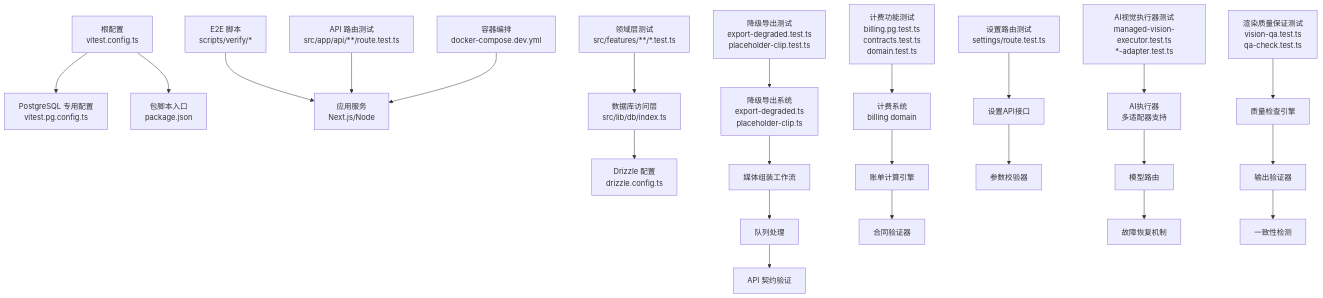
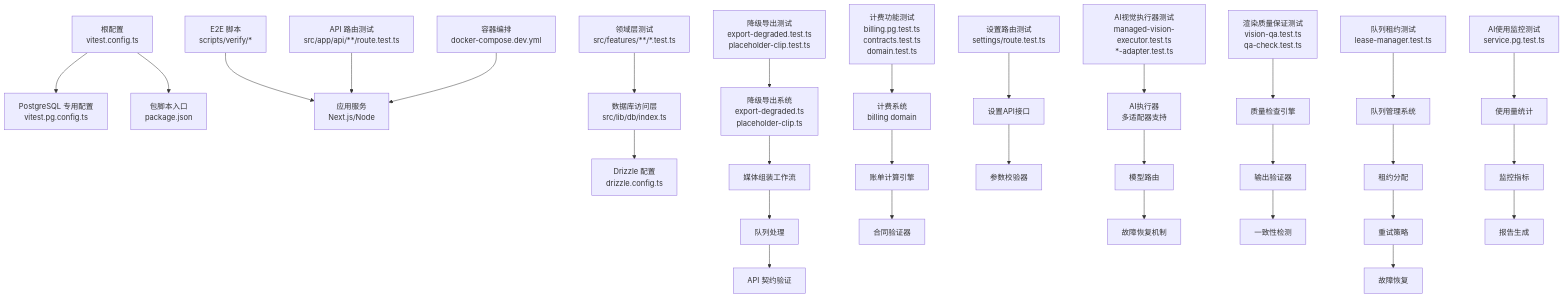
The first of 14 diagrams in .qoder/repowiki/zh/content/测试策略/测试策略.md (scottcwy/PurpleInk), drawn with Mermaid before and after one commit. The commit also changed other lines of this file and 23 other files, not shown here.

````diff
--- a/.qoder/repowiki/zh/content/测试策略/测试策略.md
+++ b/.qoder/repowiki/zh/content/测试策略/测试策略.md
@@ -105,25 +112,32 @@
 ```mermaid
 graph TB
 A["根配置<br/>vitest.config.ts"] --> B["PostgreSQL 专用配置<br/>vitest.pg.config.ts"]
 A --> C["包脚本入口<br/>package.json"]
 D["E2E 脚本<br/>scripts/verify/*"] --> E["应用服务<br/>Next.js/Node"]
 F["API 路由测试<br/>src/app/api/**/route.test.ts"] --> E
 G["领域层测试<br/>src/features/**/*.test.ts"] --> H["数据库访问层<br/>src/lib/db/index.ts"]
 H --> I["Drizzle 配置<br/>drizzle.config.ts"]
 J["容器编排<br/>docker-compose.dev.yml"] --> E
 K["降级导出测试<br/>export-degraded.test.ts<br/>placeholder-clip.test.ts"] --> L["降级导出系统<br/>export-degraded.ts<br/>placeholder-clip.ts"]
 L --> M["媒体组装工作流"]
 M --> N["队列处理"]
 N --> O["API 契约验证"]
 P["计费功能测试<br/>billing.pg.test.ts<br/>contracts.test.ts<br/>domain.test.ts"] --> Q["计费系统<br/>billing domain"]
 Q --> R["账单计算引擎"]
 R --> S["合同验证器"]
 T["设置路由测试<br/>settings/route.test.ts"] --> U["设置API接口"]
 U --> V["参数校验器"]
 W["AI视觉执行器测试<br/>managed-vision-executor.test.ts<br/>*-adapter.test.ts"] --> X["AI执行器<br/>多适配器支持"]
 X --> Y["模型路由"]
 Y --> Z["故障恢复机制"]
 AA["渲染质量保证测试<br/>vision-qa.test.ts<br/>qa-check.test.ts"] --> AB["质量检查引擎"]
 AB --> AC["输出验证器"]
 AC --> AD["一致性检测"]
+AE["队列租约测试<br/>lease-manager.test.ts"] --> AF["队列管理系统"]
+AF --> AG["租约分配"]
+AG --> AH["重试策略"]
+AH --> AI["故障恢复"]
+AJ["AI使用监控测试<br/>service.pg.test.ts"] --> AK["使用量统计"]
+AK --> AL["监控指标"]
+AL --> AM["报告生成"]
 ```
````
